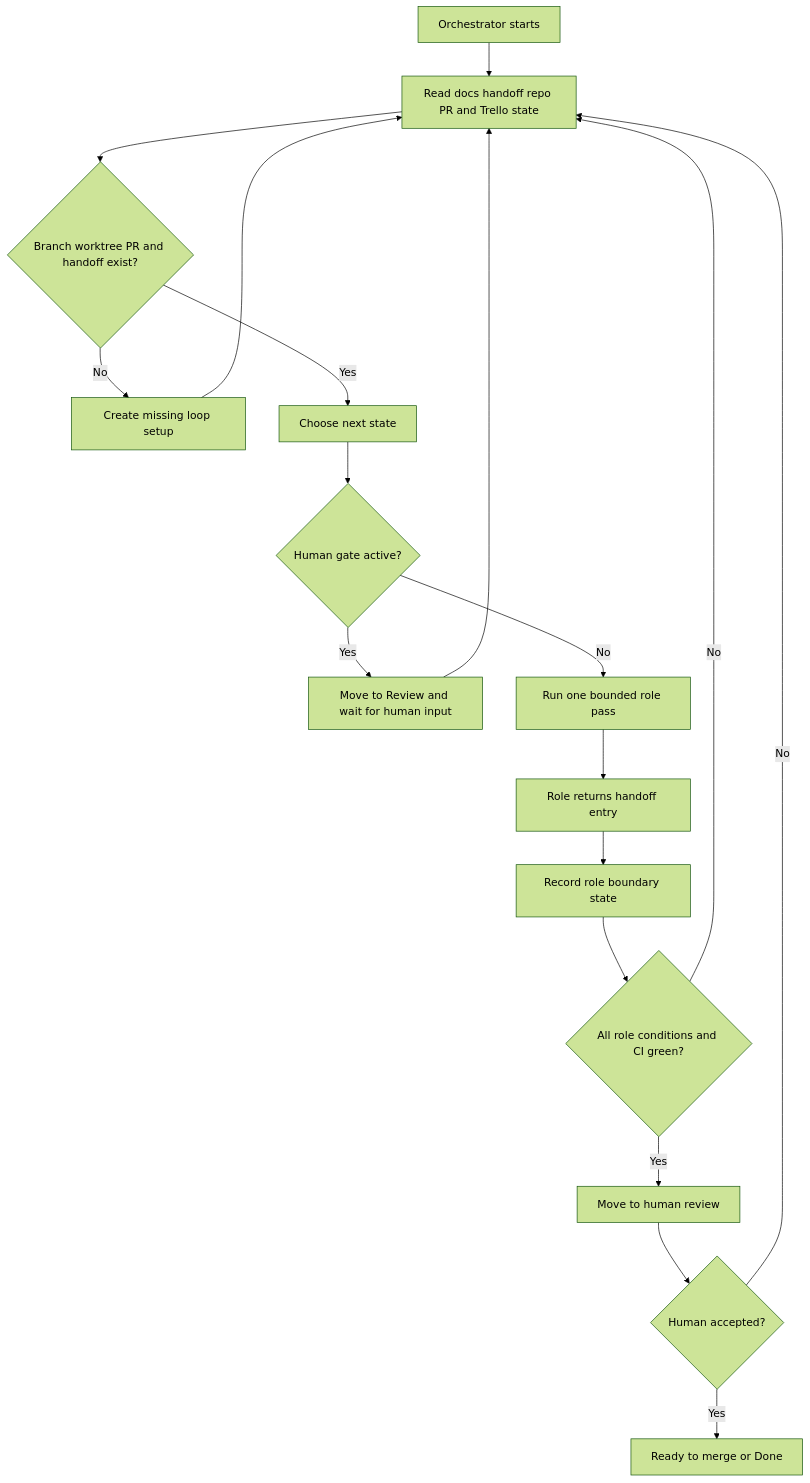
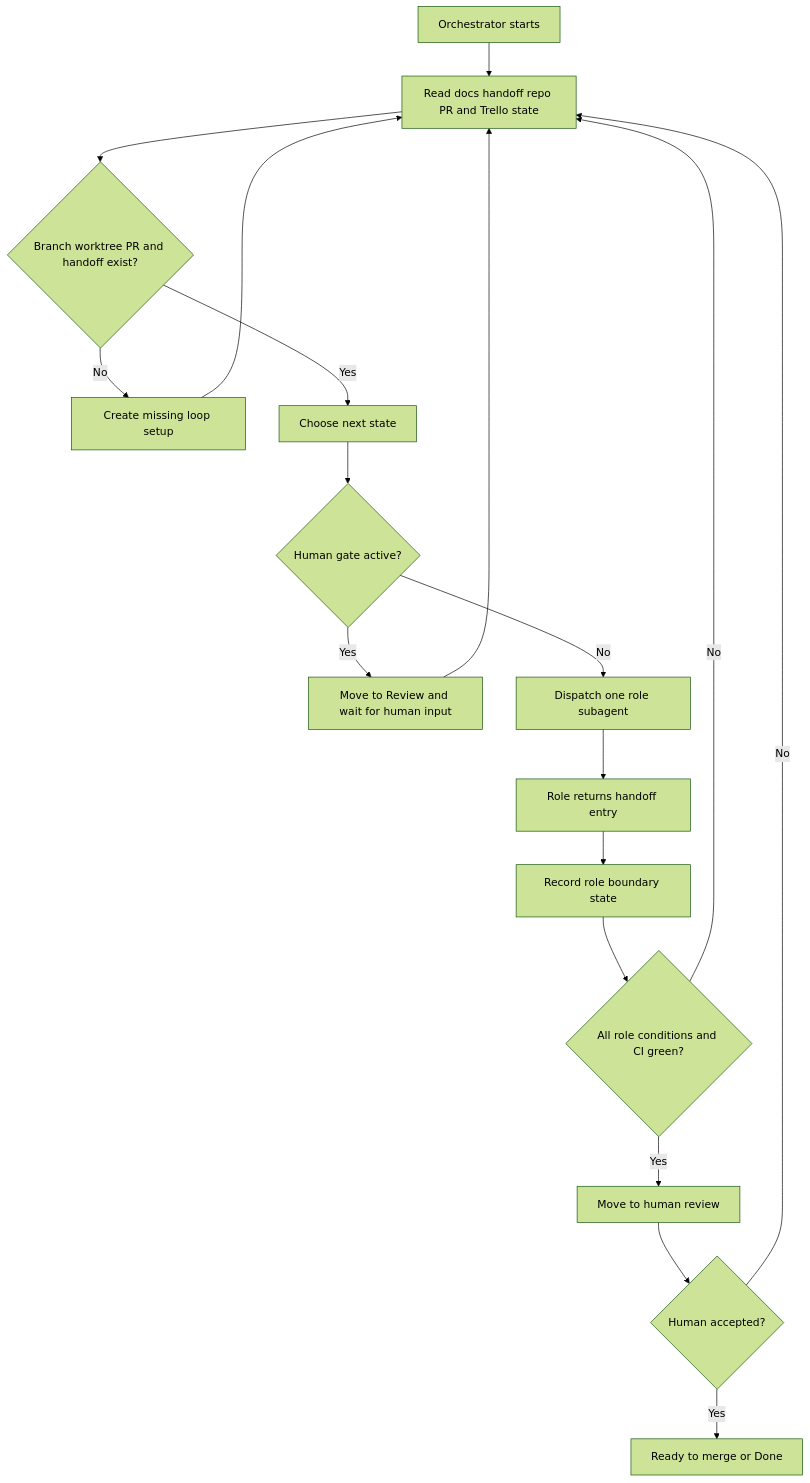
One commit to joesobo/CodeGraphyV4 changed the diagram in docs/agents/loops/orchestrator.md. Above: the diagram before and after it, drawn with Mermaid (forest theme). The commit also changed other lines of this file and 1 other file, not shown here.

Commit message:
docs: dispatch loop roles as in-thread subagents (#274)

````diff
--- a/docs/agents/loops/orchestrator.md
+++ b/docs/agents/loops/orchestrator.md
@@ -43,20 +43,20 @@
 ```mermaid
 flowchart TD
     Start["Orchestrator starts"] --> Read["Read docs handoff repo PR and Trello state"]
     Read --> Setup{"Branch worktree PR and handoff exist?"}
     Setup -->|No| Create["Create missing loop setup"]
     Create --> Read
     Setup -->|Yes| Decide["Choose next state"]
     Decide --> Human{"Human gate active?"}
     Human -->|Yes| Wait["Move to Review and wait for human input"]
     Wait --> Read
-    Human -->|No| Dispatch["Run one bounded role pass"]
+    Human -->|No| Dispatch["Dispatch one role subagent"]
     Dispatch --> Return["Role returns handoff entry"]
     Return --> Record["Record role boundary state"]
     Record --> Ready{"All role conditions and CI green?"}
     Ready -->|No| Read
     Ready -->|Yes| Review["Move to human review"]
     Review --> Final{"Human accepted?"}
     Final -->|No| Read
     Final -->|Yes| Done["Ready to merge or Done"]
 ```
````
